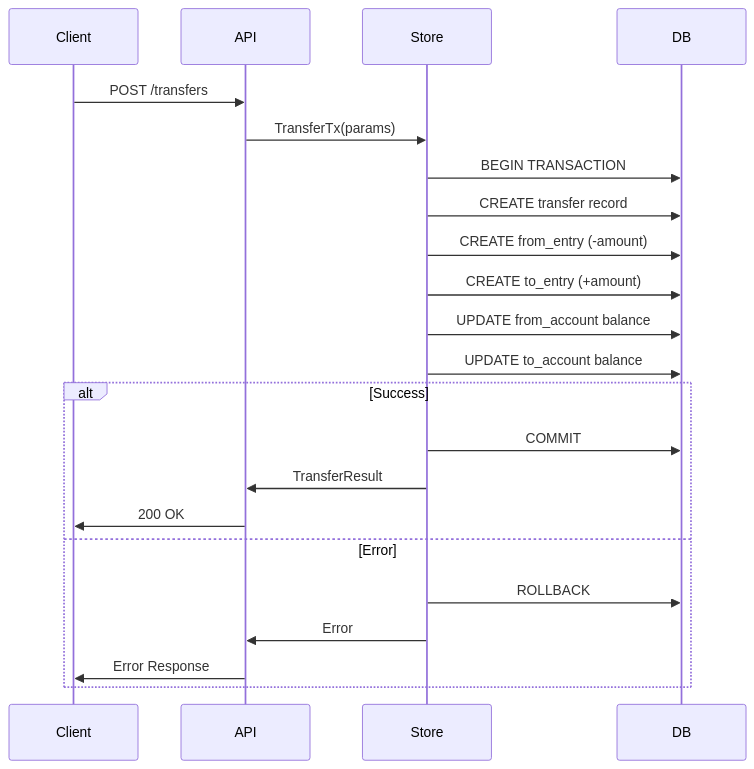
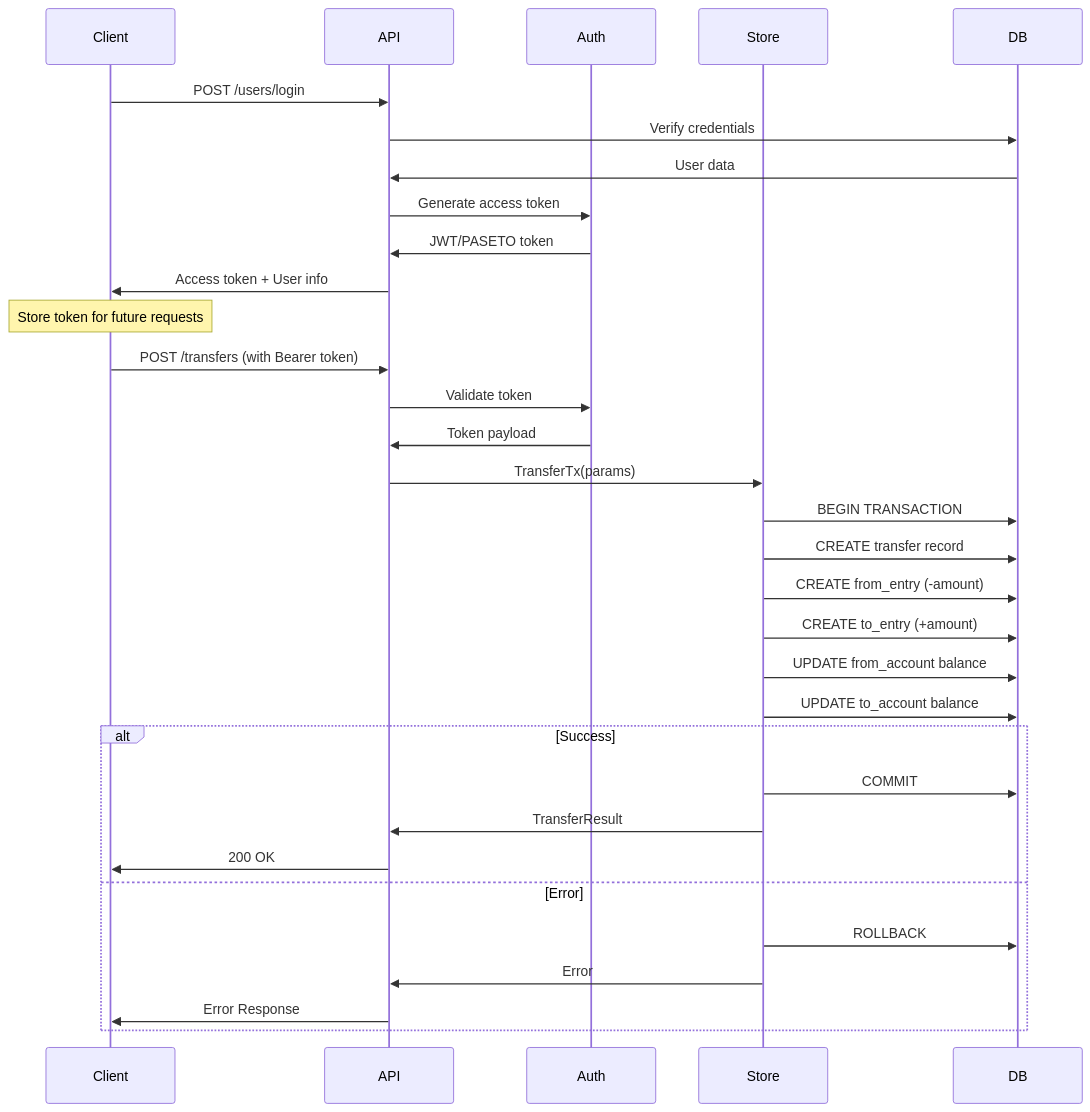
The third of 3 diagrams in README.md (tatekicct/simplebank), drawn with Mermaid before and after one commit. The commit also changed other lines of this file, not shown here.

````diff
--- a/README.md
+++ b/README.md
@@ -127,27 +177,39 @@
 ```mermaid
 sequenceDiagram
     participant Client
     participant API
+    participant Auth
     participant Store
     participant DB
 
-    Client->>API: POST /transfers
+    Client->>API: POST /users/login
+    API->>DB: Verify credentials
+    DB->>API: User data
+    API->>Auth: Generate access token
+    Auth->>API: JWT/PASETO token
+    API->>Client: Access token + User info
+
+    Note over Client: Store token for future requests
+
+    Client->>API: POST /transfers (with Bearer token)
+    API->>Auth: Validate token
+    Auth->>API: Token payload
     API->>Store: TransferTx(params)
     
     Store->>DB: BEGIN TRANSACTION
     Store->>DB: CREATE transfer record
     Store->>DB: CREATE from_entry (-amount)
     Store->>DB: CREATE to_entry (+amount)
     Store->>DB: UPDATE from_account balance
     Store->>DB: UPDATE to_account balance
     
     alt Success
         Store->>DB: COMMIT
         Store->>API: TransferResult
         API->>Client: 200 OK
     else Error
         Store->>DB: ROLLBACK
         Store->>API: Error
         API->>Client: Error Response
     end
 ```
````
